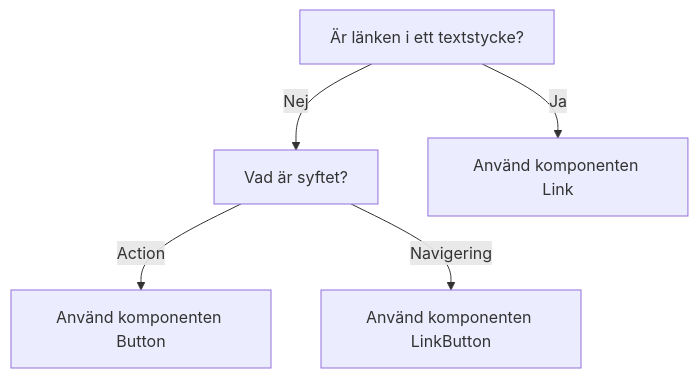
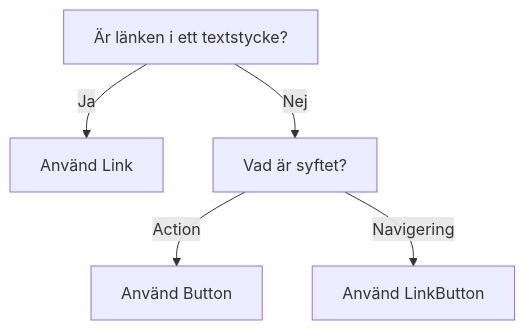
Before and after one commit to migrationsverket/midas: the diagram in apps/docs/docs/components/button.mdx, drawn with Mermaid. The commit also changed other lines of this file and 2 other files, not shown here.

Commit message:
docs: rearrange and add styling to flowcharts

````diff
--- a/apps/docs/docs/components/button.mdx
+++ b/apps/docs/docs/components/button.mdx
@@ -48,10 +48,10 @@
 ```mermaid
 
 flowchart TD;
    
-    A[Är länken i ett textstycke?]:::primary-->|Nej| B[Vad är syftet?]:::primary
-    A-->|Ja| C[Använd komponenten Link]
-    B-->|Action| D[Använd komponenten Button]:::primary
-    B -->|Navigering| E[Använd komponenten LinkButton]
+    A[Är länken i ett textstycke?]:::primary-->|Ja| C[Använd Link]
+    A-->|Nej| B[Vad är syftet?]:::primary
+    B-->|Action| D[Använd Button]:::primary
+    B -->|Navigering| E[Använd LinkButton]
      
 ```
````
